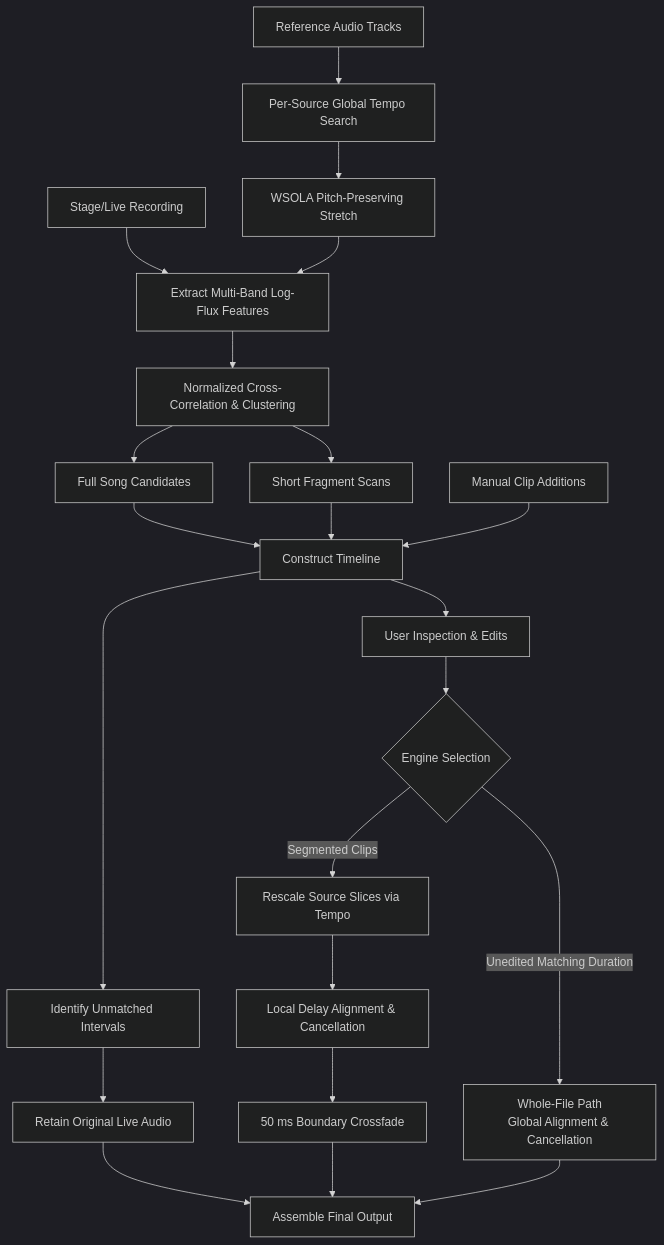
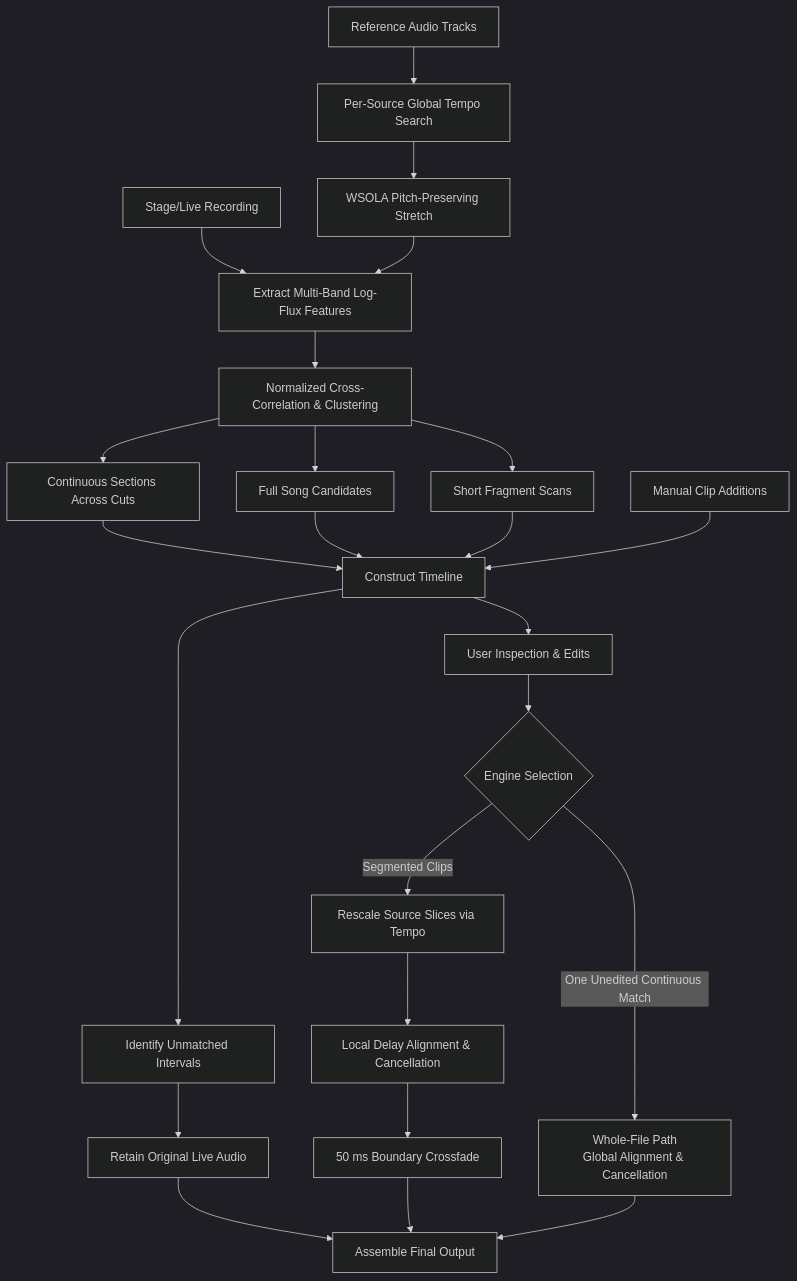
One commit to ChouChiu/Purivox changed the diagram in docs/en/matching.md. Above: the diagram before and after it, drawn with Mermaid (dark theme). The commit also changed other lines of this file and 46 other files, not shown here.

````diff
--- a/docs/en/matching.md
+++ b/docs/en/matching.md
@@ -24,24 +24,26 @@
 ```mermaid
 flowchart TB
     stage["Stage/Live Recording"] --> feature["Extract Multi-Band Log-Flux Features"]
     sources["Reference Audio Tracks"] --> speed["Per-Source Global Tempo Search"]
     speed --> stretch["WSOLA Pitch-Preserving Stretch"]
     stretch --> feature
     feature --> match["Normalized Cross-Correlation & Clustering"]
     match --> song["Full Song Candidates"]
+    match --> sections["Continuous Sections Across Cuts"]
+    sections --> timeline
     match --> fragment["Short Fragment Scans"]
     song --> timeline["Construct Timeline"]
     fragment --> timeline
     manual["Manual Clip Additions"] --> timeline
     timeline --> review["User Inspection & Edits"]
     timeline --> unmatched["Identify Unmatched Intervals"]
     review --> engine{"Engine Selection"}
-    engine -->|Unedited Matching Duration| whole["Whole-File Path<br/>Global Alignment & Cancellation"]
+    engine -->|One Unedited Continuous Match| whole["Whole-File Path<br/>Global Alignment & Cancellation"]
     engine -->|Segmented Clips| rescale["Rescale Source Slices via Tempo"]
     rescale --> cancel["Local Delay Alignment & Cancellation"]
     cancel --> blend["50 ms Boundary Crossfade"]
     unmatched --> original["Retain Original Live Audio"]
     original --> output["Assemble Final Output"]
     blend --> output
     whole --> output
 ```
````
